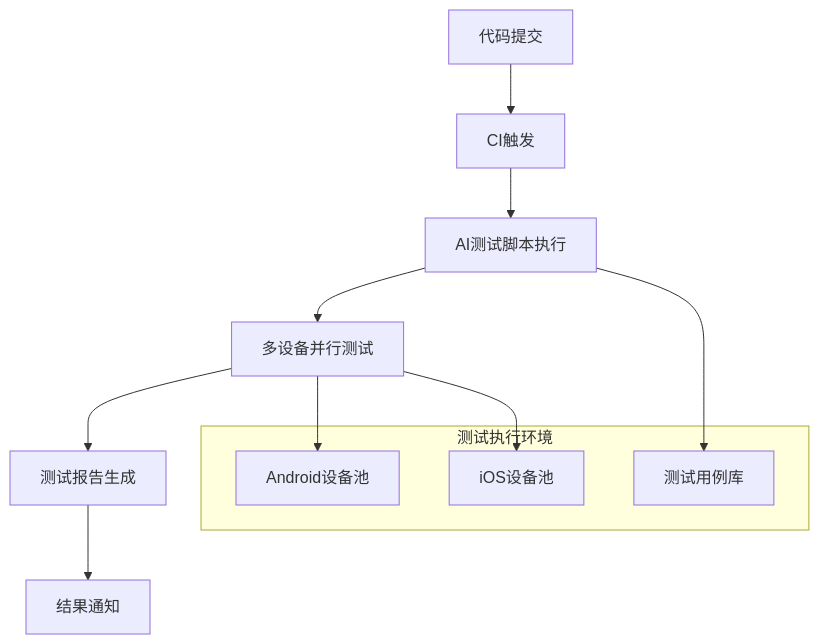
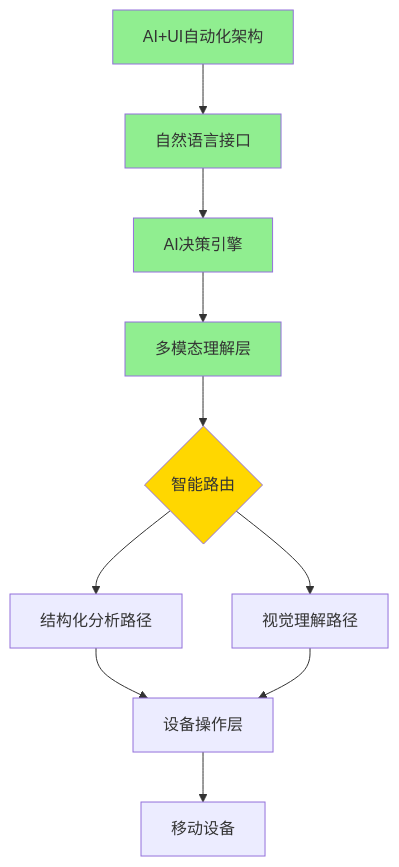
Before and after one commit to zhuozp/AI-UI-: the third of 6 diagrams in Tech.md, drawn with Mermaid. The commit also changed other lines of this file, not shown here.

````diff
--- a/Tech.md
+++ b/Tech.md
@@ -146,18 +158,18 @@
 ```mermaid
-graph TB
-    A[代码提交] --> B[CI触发]
-    B --> C[AI测试脚本执行]
-    C --> D[多设备并行测试]
-    D --> E[测试报告生成]
-    E --> F[结果通知]
+graph TD
+    A[AI+UI自动化架构] --> B[自然语言接口]
+    B --> C[AI决策引擎]
+    C --> D[多模态理解层]
+    D --> E{智能路由}
+    E --> F[结构化分析路径]
+    E --> G[视觉理解路径]
+    F --> H[设备操作层]
+    G --> H
+    H --> I[移动设备]
     
-    subgraph "测试执行环境"
-        G[Android设备池]
-        H[iOS设备池]
-        I[测试用例库]
-    end
-    
-    D --> G
-    D --> H
-    C --> I
+    style A fill:#90EE90
+    style B fill:#90EE90
+    style C fill:#90EE90
+    style D fill:#90EE90
+    style E fill:#FFD700
 ```
````
